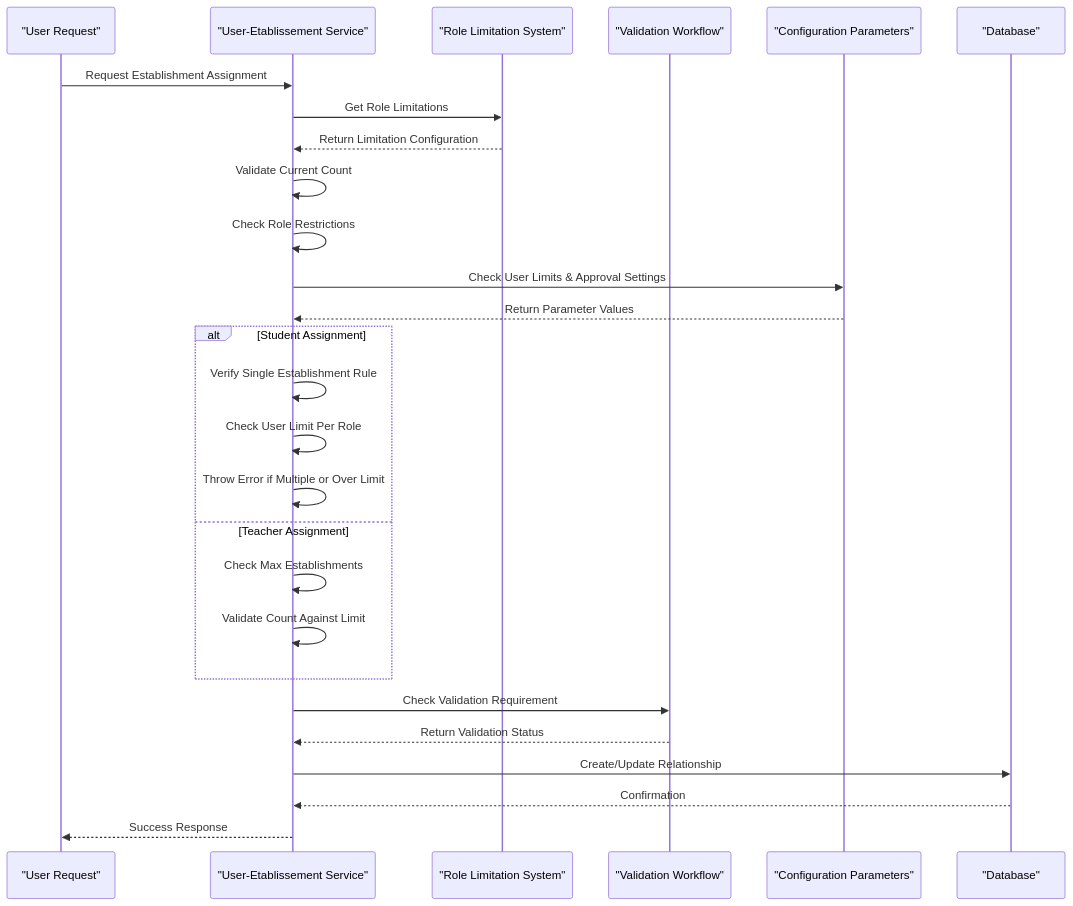
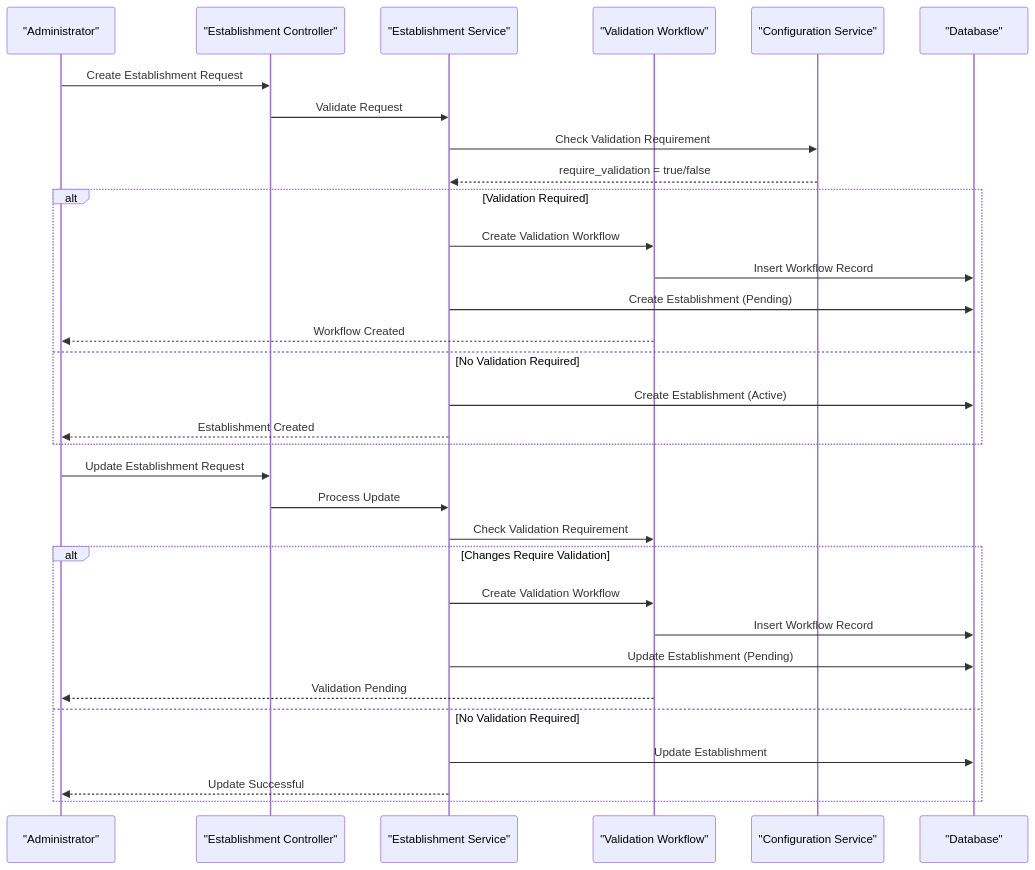
Before and after one commit to franckylab/eLISAschool: the fifth of 11 diagrams in .qoder/repowiki/en/content/Modules & Features/Administrative Modules/Establishment Management.md, drawn with Mermaid. The commit also changed other lines of this file and 95 other files, not shown here.

First line of the commit message:
refactor(architecture): corriger la source de vérité des informations établissement

````diff
--- a/.qoder/repowiki/en/content/Modules & Features/Administrative Modules/Establishment Management.md
+++ b/.qoder/repowiki/en/content/Modules & Features/Administrative Modules/Establishment Management.md
@@ -239,29 +353,34 @@
 ```mermaid
 sequenceDiagram
-participant User as "User Request"
-participant Service as "User-Etablissement Service"
-participant Limitation as "Role Limitation System"
-participant Validation as "Validation Workflow"
-participant ConfigParams as "Configuration Parameters"
+participant Admin as "Administrator"
+participant Controller as "Establishment Controller"
+participant Service as "Establishment Service"
+participant Workflow as "Validation Workflow"
+participant Config as "Configuration Service"
 participant DB as "Database"
-User->>Service : Request Establishment Assignment
-Service->>Limitation : Get Role Limitations
-Limitation-->>Service : Return Limitation Configuration
-Service->>Service : Validate Current Count
-Service->>Service : Check Role Restrictions
-Service->>ConfigParams : Check User Limits & Approval Settings
-ConfigParams-->>Service : Return Parameter Values
-alt Student Assignment
-Service->>Service : Verify Single Establishment Rule
-Service->>Service : Check User Limit Per Role
-Service->>Service : Throw Error if Multiple or Over Limit
-else Teacher Assignment
-Service->>Service : Check Max Establishments
-Service->>Service : Validate Count Against Limit
+Admin->>Controller : Create Establishment Request
+Controller->>Service : Validate Request
+Service->>Config : Check Validation Requirement
+Config-->>Service : require_validation = true/false
+alt Validation Required
+Service->>Workflow : Create Validation Workflow
+Workflow->>DB : Insert Workflow Record
+Service->>DB : Create Establishment (Pending)
+Workflow-->>Admin : Workflow Created
+else No Validation Required
+Service->>DB : Create Establishment (Active)
+Service-->>Admin : Establishment Created
 end
-Service->>Validation : Check Validation Requirement
-Validation-->>Service : Return Validation Status
-Service->>DB : Create/Update Relationship
-DB-->>Service : Confirmation
-Service-->>User : Success Response
+Admin->>Controller : Update Establishment Request
+Controller->>Service : Process Update
+Service->>Workflow : Check Validation Requirement
+alt Changes Require Validation
+Service->>Workflow : Create Validation Workflow
+Workflow->>DB : Insert Workflow Record
+Service->>DB : Update Establishment (Pending)
+Workflow-->>Admin : Validation Pending
+else No Validation Required
+Service->>DB : Update Establishment
+Service-->>Admin : Update Successful
+end
 ```
````
